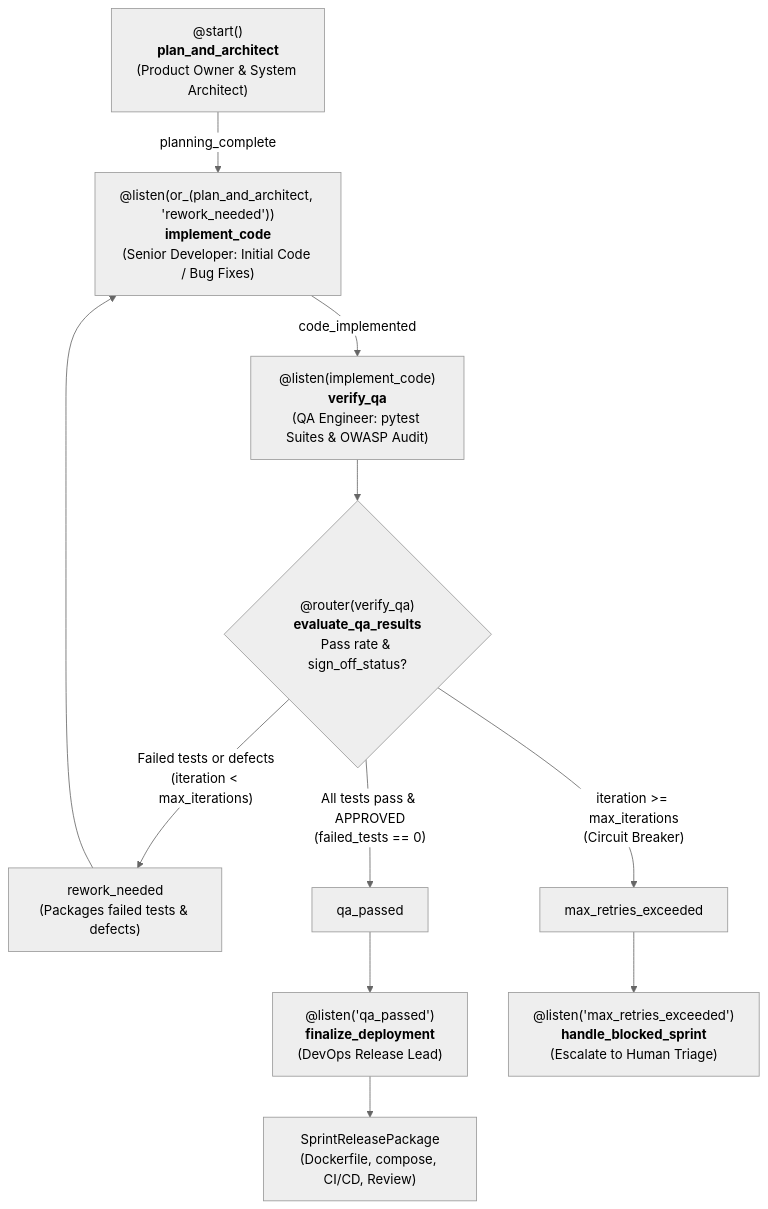
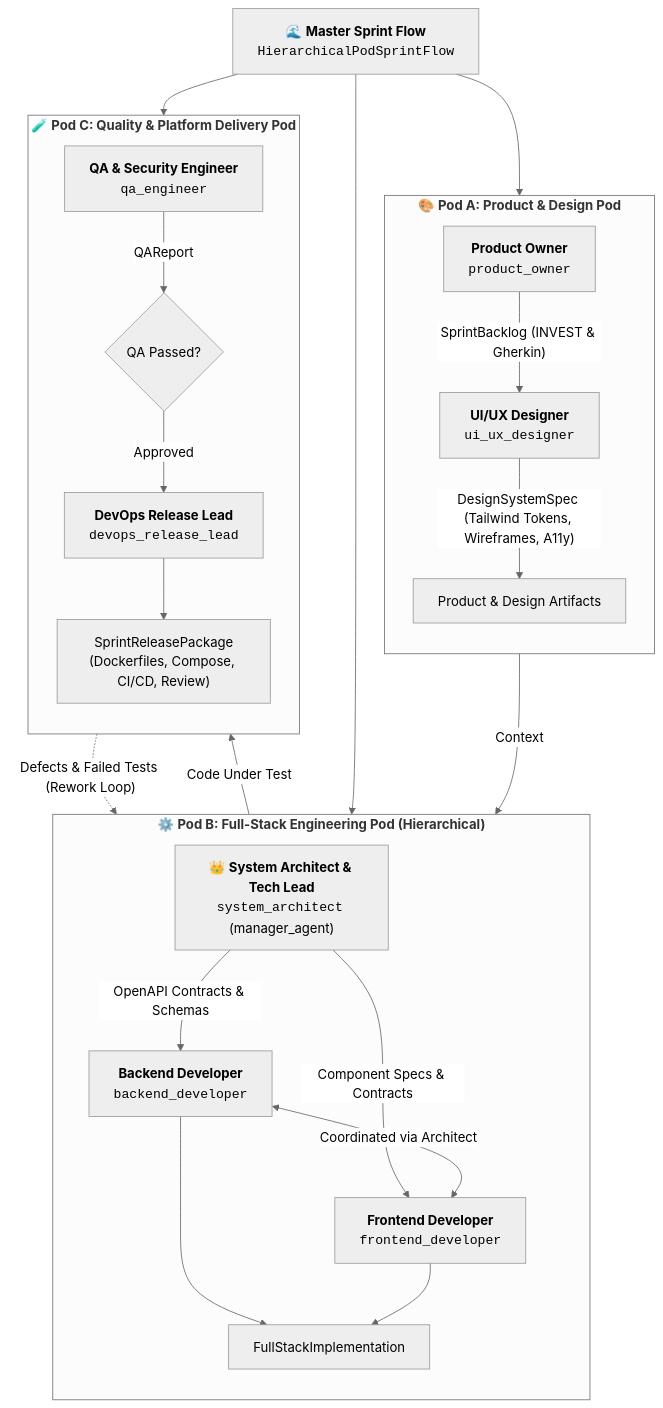
One commit to kyawagwin/agents changed the diagram in README.md. Above: the diagram before and after it, drawn with Mermaid (neutral theme). The commit also changed other lines of this file and 7 other files, not shown here.

Commit message:
refactor: transition agile dev crew to hierarchical multi-pod architecture with full-stack support

````diff
--- a/README.md
+++ b/README.md
@@ -18,23 +11,36 @@
 ```mermaid
 flowchart TD
-    Start["@start()<br/><b>plan_and_architect</b><br/>(Product Owner & System Architect)"]
-    Start -->|"planning_complete"| Dev
+    Flow["🌊 <b>Master Sprint Flow</b><br/><code>HierarchicalPodSprintFlow</code>"]
+    Flow --> PodA
+    Flow --> PodB
+    Flow --> PodC
 
-    Dev["@listen(or_(plan_and_architect, 'rework_needed'))<br/><b>implement_code</b><br/>(Senior Developer: Initial Code / Bug Fixes)"]
-    Dev -->|"code_implemented"| QA
+    subgraph PodA ["🎨 <b>Pod A: Product & Design Pod</b>"]
+        direction TB
+        PO["<b>Product Owner</b><br/><code>product_owner</code>"] 
+        -->|"SprintBacklog (INVEST & Gherkin)"| UI["<b>UI/UX Designer</b><br/><code>ui_ux_designer</code>"]
+        UI -->|"DesignSystemSpec (Tailwind Tokens, Wireframes, A11y)"| PodAOut["Product & Design Artifacts"]
+    end
 
-    QA["@listen(implement_code)<br/><b>verify_qa</b><br/>(QA Engineer: pytest Suites & OWASP Audit)"]
-    QA --> Router
+    subgraph PodB ["⚙️ <b>Pod B: Full-Stack Engineering Pod (Hierarchical)</b>"]
+        direction TB
+        Arch["👑 <b>System Architect & Tech Lead</b><br/><code>system_architect</code> (manager_agent)"]
+        Arch -->|"OpenAPI Contracts & Schemas"| BE["<b>Backend Developer</b><br/><code>backend_developer</code>"]
+        Arch -->|"Component Specs & Contracts"| FE["<b>Frontend Developer</b><br/><code>frontend_developer</code>"]
+        BE <-->|"Coordinated via Architect"| FE
+        BE --> PodBOut["FullStackImplementation"]
+        FE --> PodBOut
+    end
 
-    Router{"@router(verify_qa)<br/><b>evaluate_qa_results</b><br/>Pass rate & sign_off_status?"}
-    
-    Router -->|"Failed tests or defects<br/>(iteration < max_iterations)"| Rework["rework_needed<br/>(Packages failed tests & defects)"]
-    Rework --> Dev
+    subgraph PodC ["🧪 <b>Pod C: Quality & Platform Delivery Pod</b>"]
+        direction TB
+        QA["<b>QA & Security Engineer</b><br/><code>qa_engineer</code>"]
+        QA -->|"QAReport"| Router{"QA Passed?"}
+        Router -->|"Approved"| DO["<b>DevOps Release Lead</b><br/><code>devops_release_lead</code>"]
+        DO --> Package["SprintReleasePackage<br/>(Dockerfiles, Compose, CI/CD, Review)"]
+    end
 
-    Router -->|"All tests pass & APPROVED<br/>(failed_tests == 0)"| Passed["qa_passed"]
-    Passed --> Deploy["@listen('qa_passed')<br/><b>finalize_deployment</b><br/>(DevOps Release Lead)"]
-    Deploy --> Release["SprintReleasePackage<br/>(Dockerfile, compose, CI/CD, Review)"]
-
-    Router -->|"iteration >= max_iterations<br/>(Circuit Breaker)"| Halt["max_retries_exceeded"]
-    Halt --> Escalate["@listen('max_retries_exceeded')<br/><b>handle_blocked_sprint</b><br/>(Escalate to Human Triage)"]
+    PodAOut -->|"Context"| PodB
+    PodBOut -->|"Code Under Test"| PodC
+    Router -.->|"Defects & Failed Tests (Rework Loop)"| PodB
 ```
````
